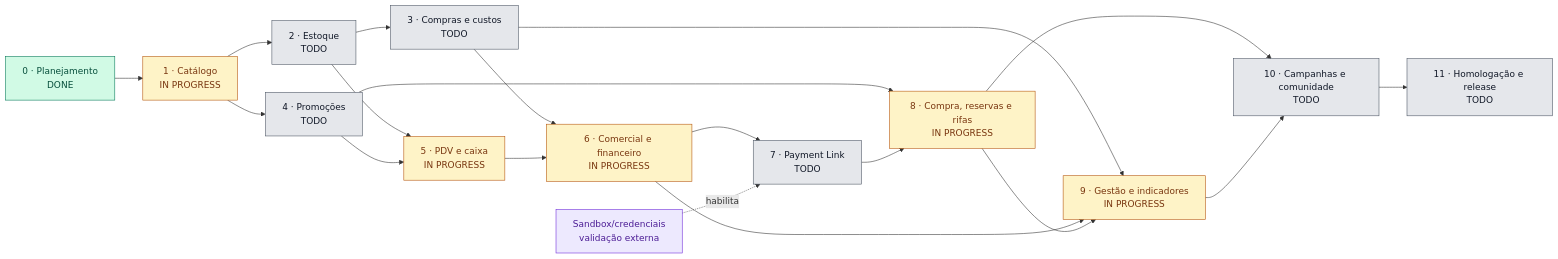
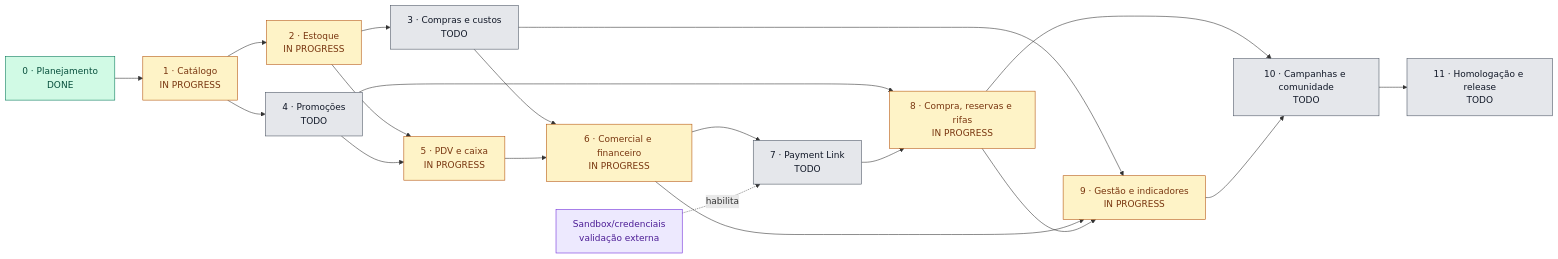
Before and after one commit to Germinatura/germinatura-platform: the diagram in docs/product/ROADMAP.md, drawn with Mermaid. The commit also changed other lines of this file and 2 other files, not shown here.

````diff
--- a/docs/product/ROADMAP.md
+++ b/docs/product/ROADMAP.md
@@ -21,30 +21,30 @@
 ```mermaid
 flowchart LR
     E0["0 · Planejamento<br/>DONE"] --> E1["1 · Catálogo<br/>IN PROGRESS"]
-    E1 --> E2["2 · Estoque<br/>TODO"]
+    E1 --> E2["2 · Estoque<br/>IN PROGRESS"]
     E1 --> E4["4 · Promoções<br/>TODO"]
     E2 --> E3["3 · Compras e custos<br/>TODO"]
     E2 --> E5["5 · PDV e caixa<br/>IN PROGRESS"]
     E4 --> E5
     E3 --> E6["6 · Comercial e financeiro<br/>IN PROGRESS"]
     E5 --> E6
     E6 --> E7["7 · Payment Link<br/>TODO"]
     E4 --> E8["8 · Compra, reservas e rifas<br/>IN PROGRESS"]
     E7 --> E8
     E3 --> E9["9 · Gestão e indicadores<br/>IN PROGRESS"]
     E6 --> E9
     E8 --> E9
     E8 --> E10["10 · Campanhas e comunidade<br/>TODO"]
     E9 --> E10
     E10 --> E11["11 · Homologação e release<br/>TODO"]
     S["Sandbox/credenciais<br/>validação externa"] -. habilita .-> E7
 
     classDef done fill:#d1fae5,stroke:#047857,color:#064e3b;
     classDef progress fill:#fef3c7,stroke:#b45309,color:#78350f;
     classDef todo fill:#e5e7eb,stroke:#4b5563,color:#111827;
     classDef external fill:#ede9fe,stroke:#6d28d9,color:#4c1d95;
     class E0 done;
-    class E1,E5,E6,E8,E9 progress;
-    class E2,E3,E4,E7,E10,E11 todo;
+    class E1,E2,E5,E6,E8,E9 progress;
+    class E3,E4,E7,E10,E11 todo;
     class S external;
 ```
````
